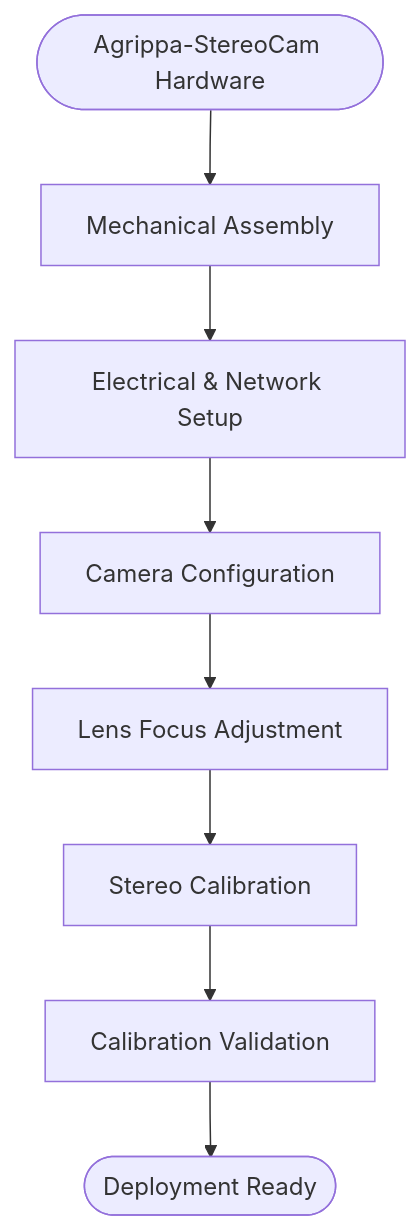
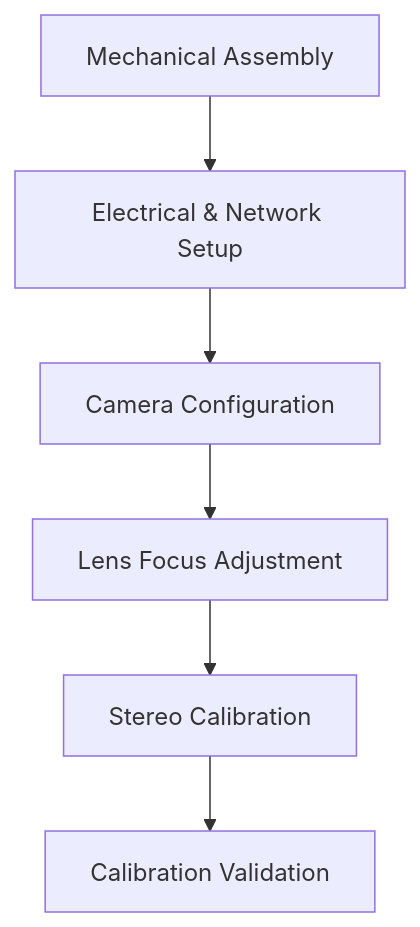
One commit to AgrippaRobotics/agrippa-stereocam changed the first of 2 diagrams in bringup_guide.md. Above: the diagram before and after it, drawn with Mermaid. The commit also changed other lines of this file, not shown here.

Commit message:
Update bringup_guide.md with calibration best practices

````diff
--- a/bringup_guide.md
+++ b/bringup_guide.md
@@ -25,19 +16,11 @@
 ```mermaid
 flowchart TD
+    A[Mechanical Assembly]
+    B[Electrical & Network Setup]
+    C[Camera Configuration]
+    D[Lens Focus Adjustment]
+    E[Stereo Calibration]
+    F[Calibration Validation]
 
-A([Agrippa-StereoCam Hardware])
-
-A --> B[Mechanical Assembly]
-
-B --> C[Electrical & Network Setup]
-
-C --> D[Camera Configuration]
-
-D --> E[Lens Focus Adjustment]
-
-E --> F[Stereo Calibration]
-
-F --> G[Calibration Validation]
-
-G --> H([Deployment Ready])
+    A --> B --> C --> D --> E --> F
 ```
````
